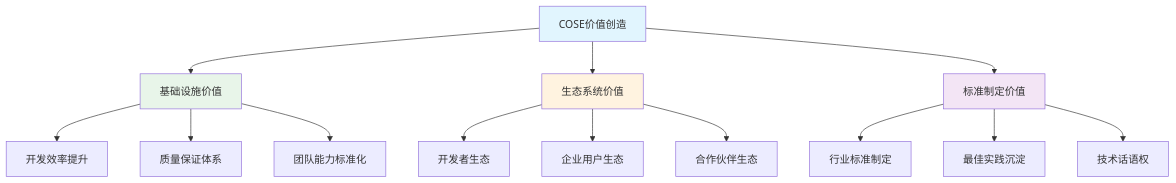
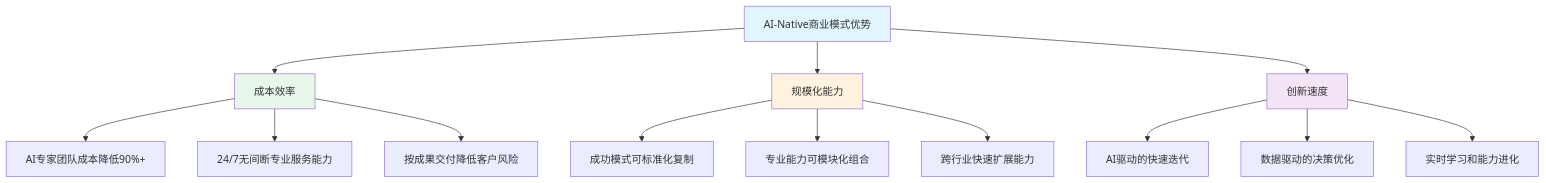
Before and after one commit to Deepractice/COSE: the third of 4 diagrams in README.md, drawn with Mermaid. The commit also changed other lines of this file, not shown here.

````diff
--- a/README.md
+++ b/README.md
@@ -78,23 +95,23 @@
 ```mermaid
 graph TD
-    A[COSE价值创造] --> B[基础设施价值]
-    A --> C[生态系统价值]
-    A --> D[标准制定价值]
+    A[AI-Native商业模式优势] --> B[成本效率]
+    A --> C[规模化能力]
+    A --> D[创新速度]
     
-    B --> B1[开发效率提升]
-    B --> B2[质量保证体系]
-    B --> B3[团队能力标准化]
+    B --> B1[AI专家团队成本降低90%+]
+    B --> B2[24/7无间断专业服务能力]
+    B --> B3[按成果交付降低客户风险]
     
-    C --> C1[开发者生态]
-    C --> C2[企业用户生态]
-    C --> C3[合作伙伴生态]
+    C --> C1[成功模式可标准化复制]
+    C --> C2[专业能力可模块化组合]
+    C --> C3[跨行业快速扩展能力]
     
-    D --> D1[行业标准制定]
-    D --> D2[最佳实践沉淀]
-    D --> D3[技术话语权]
+    D --> D1[AI驱动的快速迭代]
+    D --> D2[数据驱动的决策优化]
+    D --> D3[实时学习和能力进化]
     
     style A fill:#e1f5fe
     style B fill:#e8f5e9
     style C fill:#fff3e0
     style D fill:#f3e5f5
 ```
````
